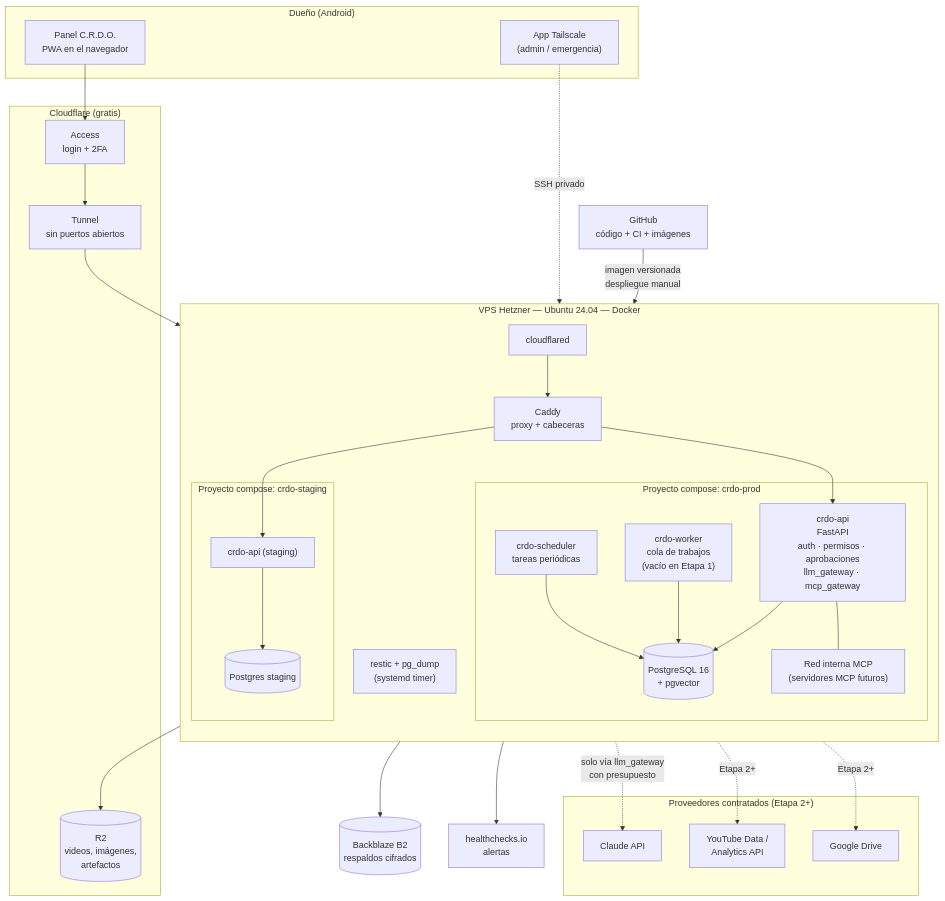
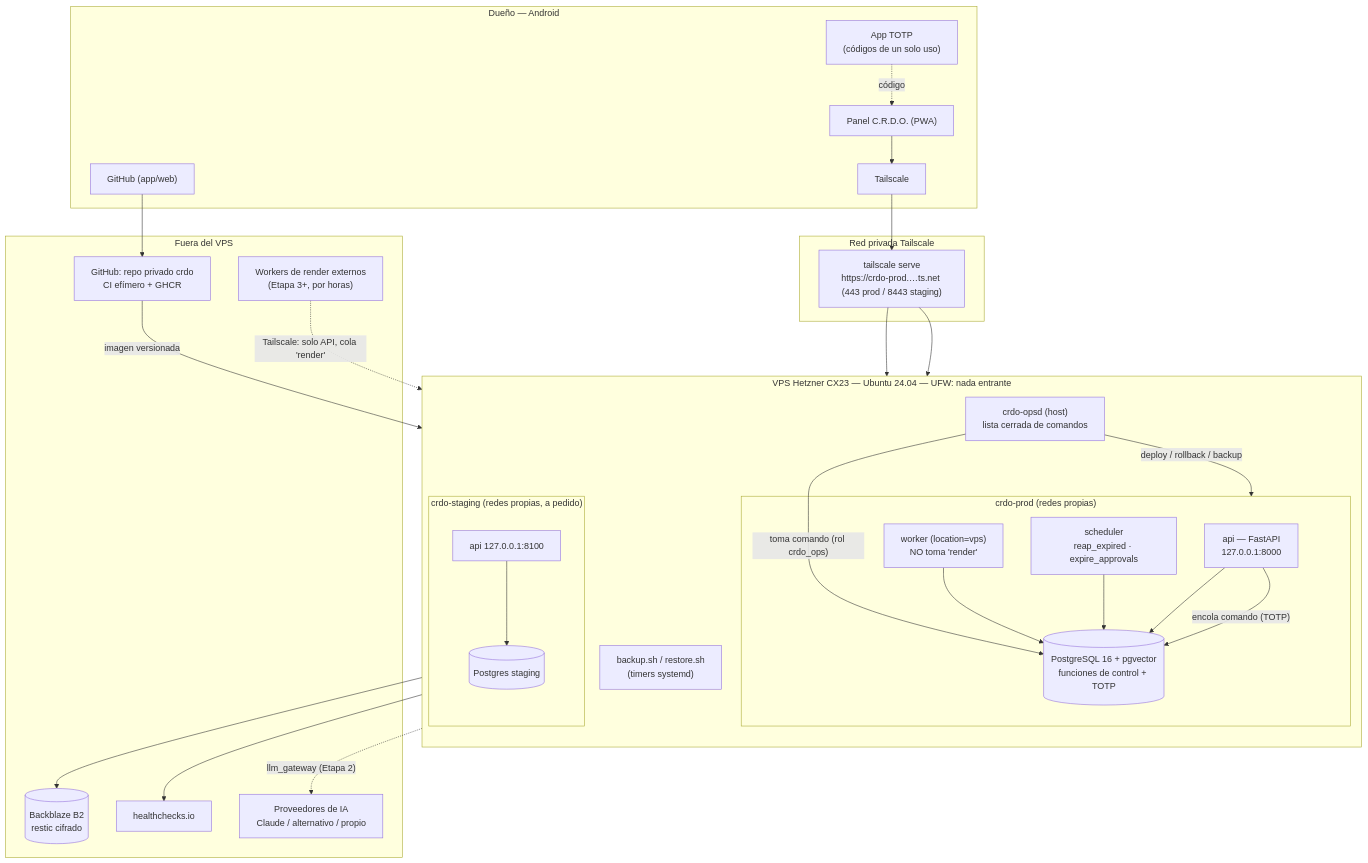
The first of 3 diagrams in crdo/docs/ETAPA-1-DISENO.md (damiancardozoortiz-gif/Radar), drawn with Mermaid before and after one commit. The commit also changed other lines of this file and 29 other files, not shown here.

First line of the commit message:
C.R.D.O. Etapa 1 v2: revisión técnica (aprobaciones, cola, staging, Android, independencia de IA)

````diff
--- a/crdo/docs/ETAPA-1-DISENO.md
+++ b/crdo/docs/ETAPA-1-DISENO.md
@@ -212,58 +160,51 @@
 ```mermaid
 flowchart TB
-  subgraph Humano["Dueño (Android)"]
-    PWA["Panel C.R.D.O.<br/>PWA en el navegador"]
-    TS_APP["App Tailscale<br/>(admin / emergencia)"]
+  subgraph PHONE["Dueño — Android"]
+    PWA["Panel C.R.D.O. (PWA)"]
+    AEGIS["App TOTP<br/>(códigos de un solo uso)"]
+    TSAPP["Tailscale"]
+    GHAPP["GitHub (app/web)"]
   end
 
-  subgraph CF["Cloudflare (gratis)"]
-    ACCESS["Access<br/>login + 2FA"]
-    TUNNEL["Tunnel<br/>sin puertos abiertos"]
-    R2[("R2<br/>videos, imágenes,<br/>artefactos")]
+  subgraph TAILNET["Red privada Tailscale"]
+    SERVE["tailscale serve<br/>https://crdo-prod.…ts.net (443 prod / 8443 staging)"]
   end
 
-  subgraph VPS["VPS Hetzner — Ubuntu 24.04 — Docker"]
+  subgraph VPS["VPS Hetzner CX23 — Ubuntu 24.04 — UFW: nada entrante"]
     direction TB
-    CLOUDFLARED["cloudflared"]
-    CADDY["Caddy<br/>proxy + cabeceras"]
-    subgraph PROD["Proyecto compose: crdo-prod"]
-      API["crdo-api<br/>FastAPI<br/>auth · permisos · aprobaciones<br/>llm_gateway · mcp_gateway"]
-      WORKER["crdo-worker<br/>cola de trabajos<br/>(vacío en Etapa 1)"]
-      SCHED["crdo-scheduler<br/>tareas periódicas"]
-      PG[("PostgreSQL 16<br/>+ pgvector")]
-      MCPNET["Red interna MCP<br/>(servidores MCP futuros)"]
+    subgraph PROD["crdo-prod (redes propias)"]
+      API["api — FastAPI<br/>127.0.0.1:8000"]
+      WORKER["worker (location=vps)<br/>NO toma 'render'"]
+      SCHED["scheduler<br/>reap_expired · expire_approvals"]
+      PG[("PostgreSQL 16 + pgvector<br/>funciones de control + TOTP")]
     end
-    subgraph STG["Proyecto compose: crdo-staging"]
-      API_S["crdo-api (staging)"]
-      PG_S[("Postgres staging")]
+    subgraph STG["crdo-staging (redes propias, a pedido)"]
+      API_S["api 127.0.0.1:8100"] --> PG_S[("Postgres staging")]
     end
-    BACKUP["restic + pg_dump<br/>(systemd timer)"]
+    OPSD["crdo-opsd (host)<br/>lista cerrada de comandos"]
+    BK["backup.sh / restore.sh<br/>(timers systemd)"]
   end
 
-  subgraph EXT["Proveedores contratados (Etapa 2+)"]
-    CLAUDE["Claude API"]
-    YT["YouTube Data /<br/>Analytics API"]
-    GDRIVE["Google Drive"]
+  subgraph EXT["Fuera del VPS"]
+    B2[("Backblaze B2<br/>restic cifrado")]
+    HC["healthchecks.io"]
+    GH["GitHub: repo privado crdo<br/>CI efímero + GHCR"]
+    RENDER["Workers de render externos<br/>(Etapa 3+, por horas)"]
+    LLM["Proveedores de IA<br/>Claude / alternativo / propio"]
   end
 
-  B2[("Backblaze B2<br/>respaldos cifrados")]
-  HC["healthchecks.io<br/>alertas"]
-  GH["GitHub<br/>código + CI + imágenes"]
-
-  PWA --> ACCESS --> TUNNEL --> CLOUDFLARED --> CADDY
-  CADDY --> API
-  CADDY --> API_S
-  TS_APP -. SSH privado .-> VPS
+  PWA --> TSAPP --> SERVE --> API
+  SERVE --> API_S
+  AEGIS -. "código" .-> PWA
   API --> PG
   WORKER --> PG
   SCHED --> PG
-  API_S --> PG_S
-  API --> R2
-  API -. "solo vía llm_gateway<br/>con presupuesto" .-> CLAUDE
-  MCPNET -. "Etapa 2+" .-> YT
-  MCPNET -. "Etapa 2+" .-> GDRIVE
-  API --- MCPNET
-  BACKUP --> B2
-  BACKUP --> HC
-  GH -->|"imagen versionada<br/>despliegue manual"| VPS
+  API -- "encola comando (TOTP)" --> PG
+  OPSD -- "toma comando (rol crdo_ops)" --> PG
+  OPSD -- "deploy / rollback / backup" --> PROD
+  BK --> B2
+  BK --> HC
+  GHAPP --> GH -- "imagen versionada" --> OPSD
+  RENDER -. "Tailscale: solo API, cola 'render'" .-> API
+  WORKER -. "llm_gateway (Etapa 2)" .-> LLM
 ```
````
